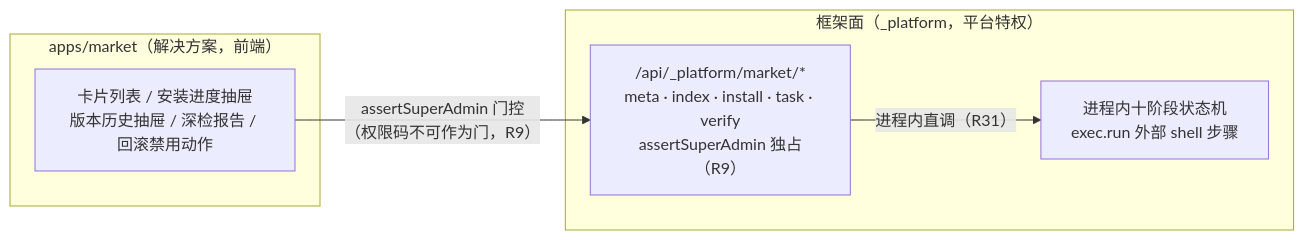
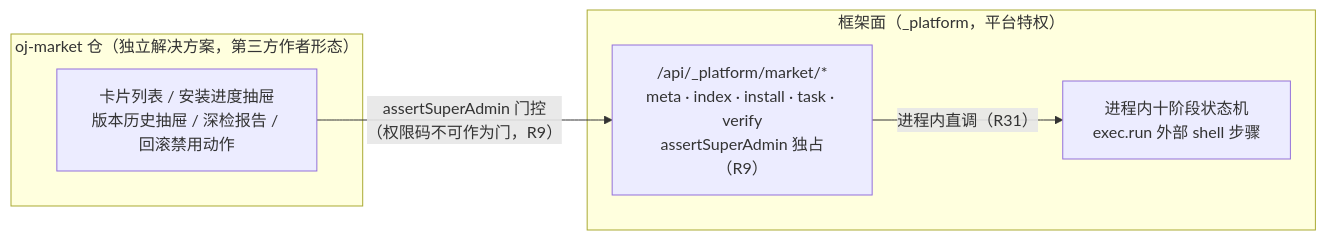
The second of 2 diagrams in docs/prd/solution/202610171138-solution-lifecycle-implementation-design.md (everpan/oj-module), drawn with Mermaid before and after one commit. The commit also changed other lines of this file and 1 other file, not shown here.

First line of the commit message:
docs(solution): 市场独立成仓 ../oj-market（D2/P1-15 修订，第三方作者形态）

````diff
--- a/docs/prd/solution/202610171138-solution-lifecycle-implementation-design.md
+++ b/docs/prd/solution/202610171138-solution-lifecycle-implementation-design.md
@@ -143,12 +143,12 @@
 ```mermaid
 flowchart LR
-    subgraph SOL["apps/market（解决方案，前端）"]
+    subgraph SOL["oj-market 仓（独立解决方案，第三方作者形态）"]
         UI[卡片列表 / 安装进度抽屉<br/>版本历史抽屉 / 深检报告 / 回滚禁用动作]
     end
     subgraph FW["框架面（_platform，平台特权）"]
         API["/api/_platform/market/*<br/>meta · index · install · task · verify<br/>assertSuperAdmin 独占（R9）"]
         N["进程内十阶段状态机<br/>exec.run 外部 shell 步骤"]
     end
     UI -->|"assertSuperAdmin 门控<br/>（权限码不可作为门，R9）"| API
     API -->|"进程内直调（R31）"| N
 ```
````
